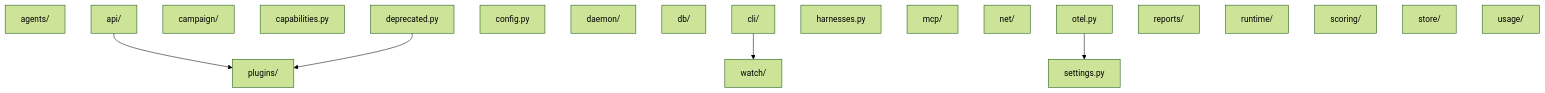
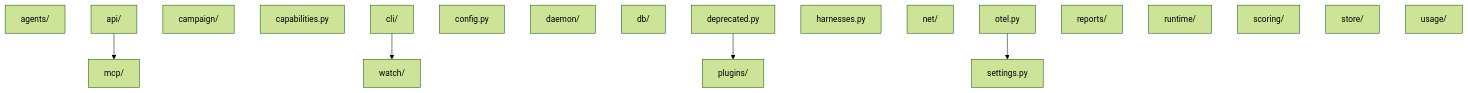
Before and after one commit to VatsaDev/piloop: the diagram in docs/snippets/generated/imports.mdx, drawn with Mermaid (forest theme). The commit also changed other lines of this file and 62 other files, not shown here.

````diff
--- a/docs/snippets/generated/imports.mdx
+++ b/docs/snippets/generated/imports.mdx
@@ -3,28 +3,28 @@
 ```mermaid
 flowchart TB
     agents["agents/"]
     api["api/"]
     campaign["campaign/"]
     capabilities["capabilities.py"]
     cli["cli/"]
     config["config.py"]
     daemon["daemon/"]
     db["db/"]
     deprecated["deprecated.py"]
     harnesses["harnesses.py"]
     mcp["mcp/"]
     net["net/"]
     otel["otel.py"]
     plugins["plugins/"]
     reports["reports/"]
     runtime["runtime/"]
     scoring["scoring/"]
     settings["settings.py"]
     store["store/"]
     usage["usage/"]
     watch["watch/"]
-    api --> plugins
+    api --> mcp
     cli --> watch
     deprecated --> plugins
     otel --> settings
 ```
````
